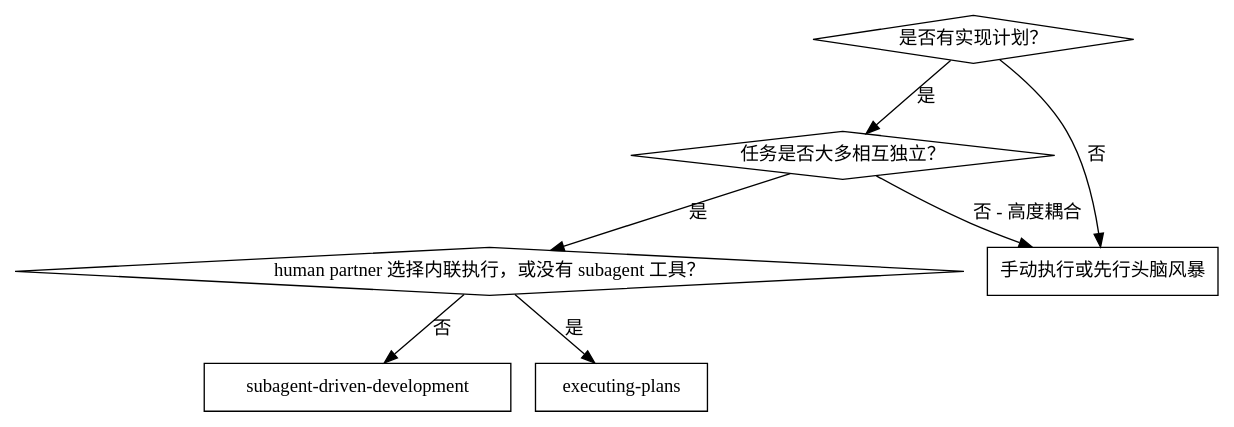
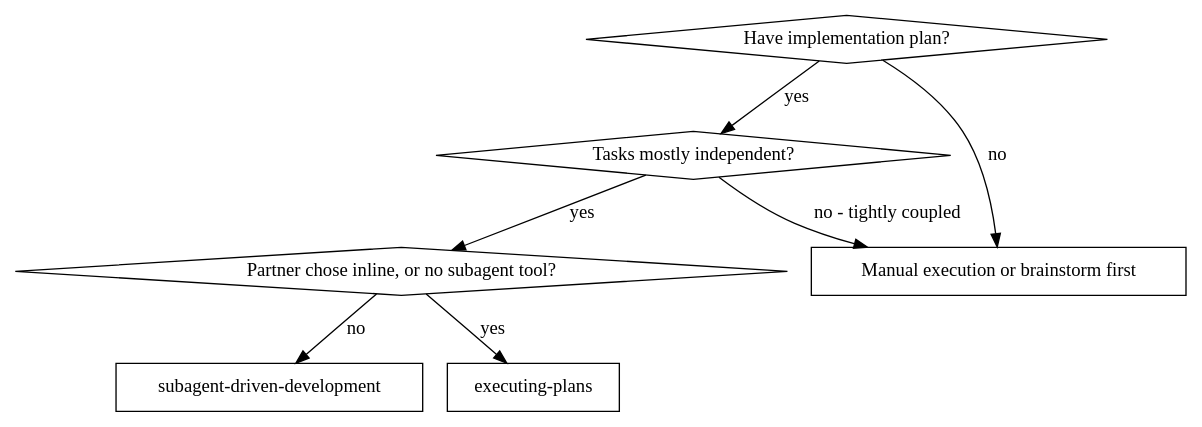
Before and after one commit to Wenaixi/dsh-superpower: the first of 2 diagrams in skills/subagent-driven-development/SKILL.md, drawn with Graphviz. The commit also changed other lines of this file and 103 other files, not shown here.

````diff
--- a/skills/subagent-driven-development/SKILL.md
+++ b/skills/subagent-driven-development/SKILL.md
@@ -24,17 +37,17 @@
 ```dot
 digraph when_to_use {
-    "是否有实现计划？" [shape=diamond];
-    "任务是否大多相互独立？" [shape=diamond];
-    "human partner 选择内联执行，或没有 subagent 工具？" [shape=diamond];
+    "Have implementation plan?" [shape=diamond];
+    "Tasks mostly independent?" [shape=diamond];
+    "Partner chose inline, or no subagent tool?" [shape=diamond];
     "subagent-driven-development" [shape=box];
     "executing-plans" [shape=box];
-    "手动执行或先行头脑风暴" [shape=box];
+    "Manual execution or brainstorm first" [shape=box];
 
-    "是否有实现计划？" -> "任务是否大多相互独立？" [label="是"];
-    "是否有实现计划？" -> "手动执行或先行头脑风暴" [label="否"];
-    "任务是否大多相互独立？" -> "human partner 选择内联执行，或没有 subagent 工具？" [label="是"];
-    "任务是否大多相互独立？" -> "手动执行或先行头脑风暴" [label="否 - 高度耦合"];
-    "human partner 选择内联执行，或没有 subagent 工具？" -> "executing-plans" [label="是"];
-    "human partner 选择内联执行，或没有 subagent 工具？" -> "subagent-driven-development" [label="否"];
+    "Have implementation plan?" -> "Tasks mostly independent?" [label="yes"];
+    "Have implementation plan?" -> "Manual execution or brainstorm first" [label="no"];
+    "Tasks mostly independent?" -> "Partner chose inline, or no subagent tool?" [label="yes"];
+    "Tasks mostly independent?" -> "Manual execution or brainstorm first" [label="no - tightly coupled"];
+    "Partner chose inline, or no subagent tool?" -> "executing-plans" [label="yes"];
+    "Partner chose inline, or no subagent tool?" -> "subagent-driven-development" [label="no"];
 }
 ```
````
